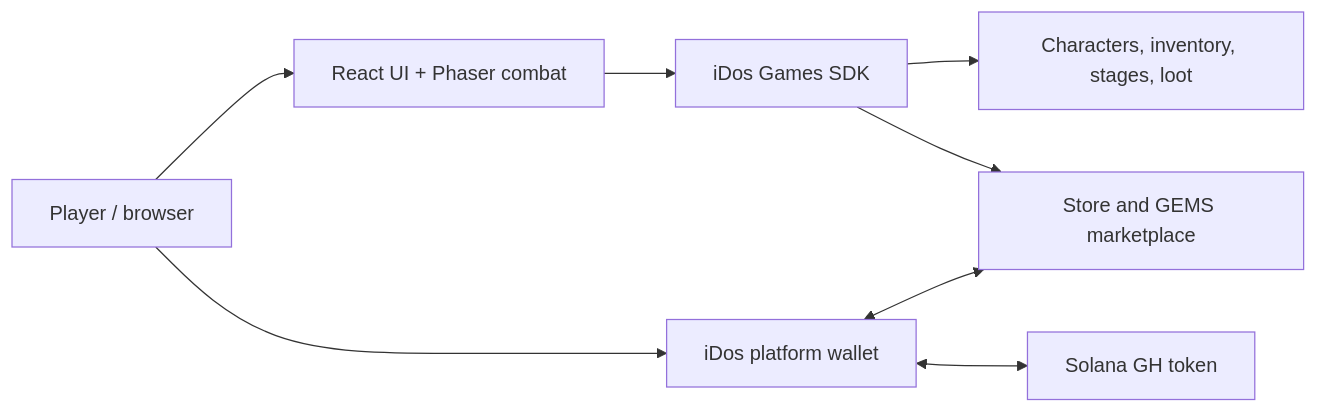
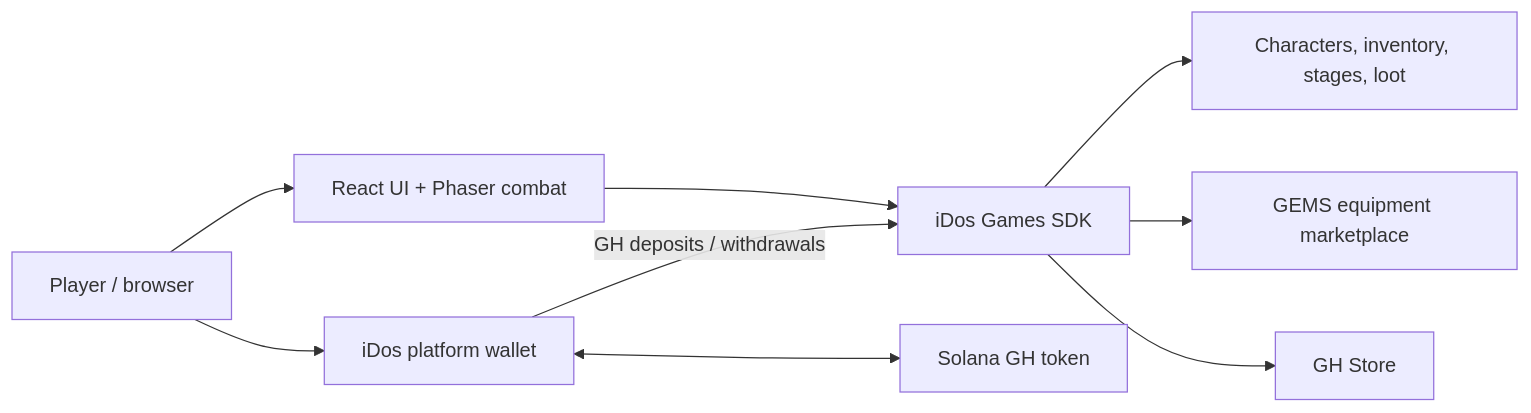
The diagram in README.md (gordon0027/GRIND-HEROES), drawn with Mermaid before and after one commit.

Commit message:
Clarify GH wallet flow in README diagram

````diff
--- a/README.md
+++ b/README.md
@@ -67,10 +67,11 @@
 ```mermaid
 flowchart LR
     Player[Player / browser] --> Game[React UI + Phaser combat]
     Game --> SDK[iDos Games SDK]
     SDK --> State[Characters, inventory, stages, loot]
-    SDK --> Economy[Store and GEMS marketplace]
+    SDK --> Market[GEMS equipment marketplace]
+    SDK --> Store[GH Store]
     Player --> Wallet[iDos platform wallet]
     Wallet <--> Solana[Solana GH token]
-    Wallet <--> Economy
+    Wallet -->|GH deposits / withdrawals| SDK
 ```
````
